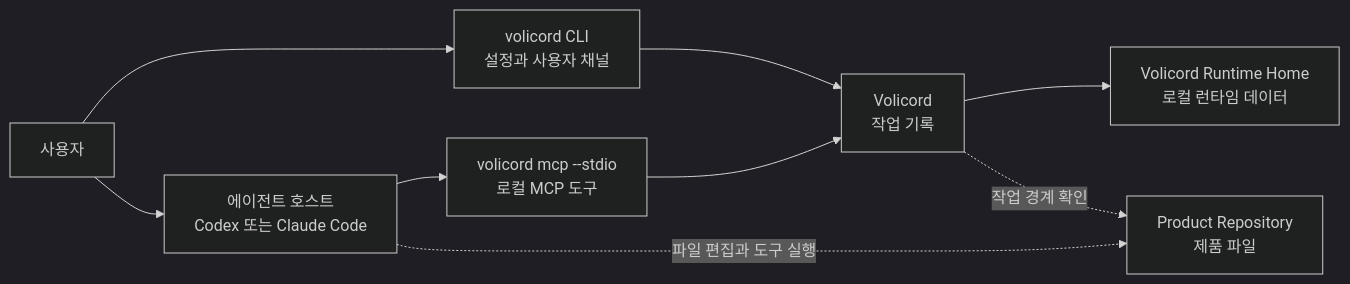
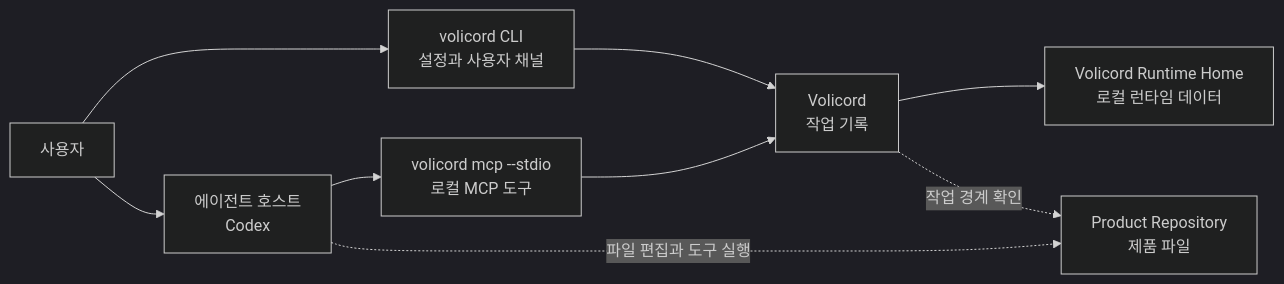
The first of 2 diagrams in README.ko.md (minjungw00/Volicord), drawn with Mermaid (dark theme) before and after one commit. The commit also changed other lines of this file and 132 other files, not shown here.

````diff
--- a/README.ko.md
+++ b/README.ko.md
@@ -140,19 +139,19 @@
 ```mermaid
 flowchart LR
   user["사용자"]
-  host["에이전트 호스트<br/>Codex 또는 Claude Code"]
+  host["에이전트 호스트<br/>Codex"]
   mcp["volicord mcp --stdio<br/>로컬 MCP 도구"]
   record["Volicord<br/>작업 기록"]
   runtime["Volicord Runtime Home<br/>로컬 런타임 데이터"]
   repo["Product Repository<br/>제품 파일"]
   cli["volicord CLI<br/>설정과 사용자 채널"]
 
   user --> host
   host --> mcp
   mcp --> record
   record --> runtime
   user --> cli
   cli --> record
   host -. 파일 편집과 도구 실행 .-> repo
   record -. 작업 경계 확인 .-> repo
 ```
````
